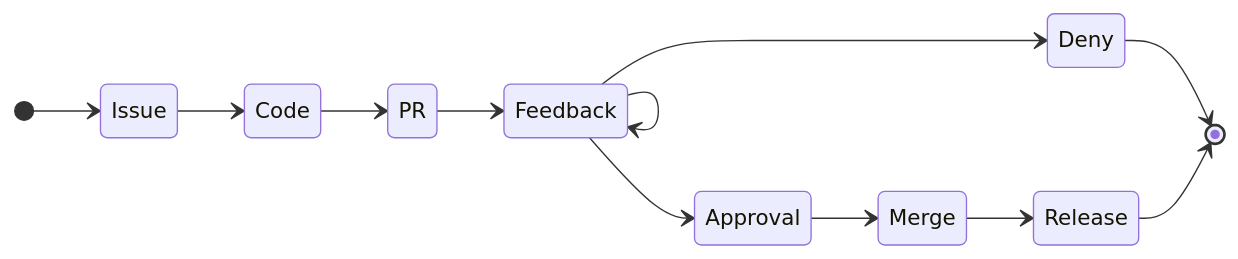
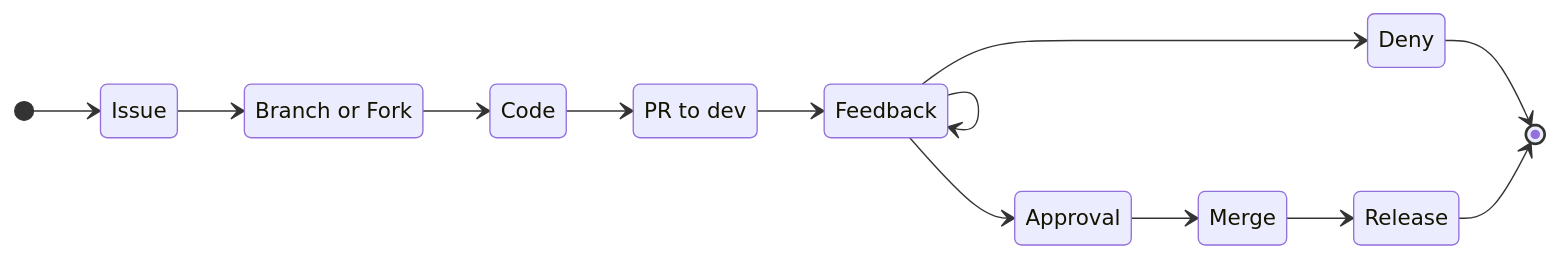
The first of 2 diagrams in CONTRIBUTING.md (hidromatologia-v2/models), drawn with Mermaid before and after one commit. The commit also changed other lines of this file and 1 other file, not shown here.

````diff
--- a/CONTRIBUTING.md
+++ b/CONTRIBUTING.md
@@ -5,16 +5,20 @@
-```mermaid
-stateDiagram-v2
-    direction LR
-    
-    [*] --> Issue
-    Issue --> Code
-    Code --> PR
-    PR --> Feedback
-    Feedback --> Feedback
-    Feedback --> Deny
-    Deny --> [*]
-    Feedback --> Approval
-    Approval --> Merge
-    Merge --> Release
-    Release --> [*]
-```
+  ```mermaid
+  stateDiagram-v2
+      direction LR
+      
+      Branch: Branch or Fork
+      PR: PR to dev
+      
+      [*] --> Issue
+      Issue --> Branch
+      Branch --> Code
+      Code --> PR
+      PR --> Feedback
+      Feedback --> Feedback
+      Feedback --> Deny
+      Deny --> [*]
+      Feedback --> Approval
+      Approval --> Merge
+      Merge --> Release
+      Release --> [*]
+  ```
````
